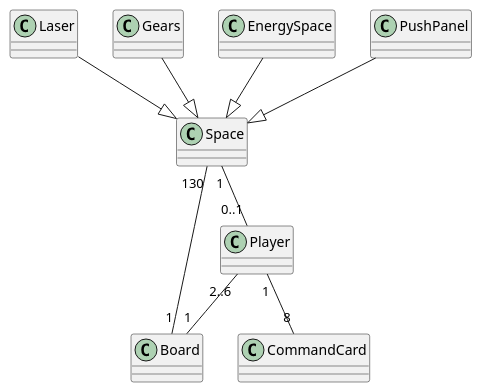
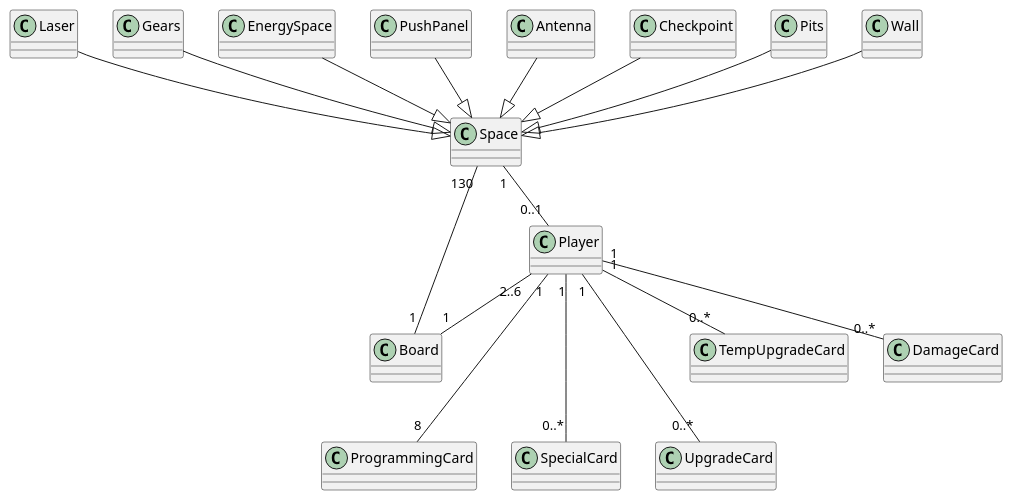
The diagram in roborally/UML/DomainDiagram.puml (fathionsons/roborally-1.1.0-java17), drawn with PlantUML before and after one commit. The commit also changed 3 other files, not shown here.

Commit message:
ActivityDiagram.puml DomainDiagram.puml

```diff
--- a/roborally/UML/DomainDiagram.puml
+++ b/roborally/UML/DomainDiagram.puml
@@ -1,21 +1,93 @@
 @startuml
 'https://plantuml.com/class-diagram
 
-class Player
-class Board
-class Space
-class CommandCard
-
+skinparam groupInheritance 10
 
 Player "2..6"--"1" Board
 Space "1"--"0..1" Player
-Space "130"--" 1" Board
-Player "1"--"8" CommandCard
-Laser--|>Space
-Gears--|>Space
-EnergySpace--|>Space
-PushPanel--|>Space
+Space "130"--"1" Board
+Player "1"---"8" ProgrammingCard
 
+Laser --|> Space
+Gears --|> Space
+EnergySpace --|> Space
+PushPanel --|> Space
+Antenna --|> Space
+Checkpoint --|> Space
+Pits --|> Space
+Wall --|> Space
+Player "1"---"0..*" SpecialCard
+Player "1"---"0..*" UpgradeCard
+Player "1"--"0..*" TempUpgradeCard
+Player "1"--"0..*" DamageCard
 
+/'
+
+DamageCard <|-- Spam
+DamageCard <|-- TrojanHorse
+DamageCard <|-- Worm
+DamageCard <|-- Virus
+
+ProgrammingCard <|-- MoveForward1
+ProgrammingCard <|-- MoveForward2
+ProgrammingCard <|-- MoveForward3
+ProgrammingCard <|-- TurnRight
+ProgrammingCard <|-- TurnLeft
+ProgrammingCard <|-- UTurn
+ProgrammingCard <|-- MoveBack
+ProgrammingCard <|-- PowerUp
+ProgrammingCard <|-- Repeat
+
+SpecialCard <|-- EnergyRoutine
+SpecialCard <|-- SandboxRoutine
+SpecialCard <|-- WeaselRoutine
+SpecialCard <|-- SpeedRoutine
+SpecialCard <|-- SpamFolder
+SpecialCard <|-- RepeatRoutine
+
+UpgradeCard <|-- AdminPrivilege
+UpgradeCard <|-- CorruptionWave
+UpgradeCard <|-- BlueScreenOfDeath
+UpgradeCard <|-- CrabLegs
+UpgradeCard <|-- Brakes
+UpgradeCard <|-- DeflectorShield
+UpgradeCard <|-- CacheMemory
+UpgradeCard <|-- DefragGizmo
+UpgradeCard <|-- DoubleBarrelLaser
+UpgradeCard <|-- ModularChassis
+UpgradeCard <|-- Firewall
+UpgradeCard <|-- PressorBeam
+UpgradeCard <|-- HoverUnit
+UpgradeCard <|-- RailGun
+UpgradeCard <|-- MemoryStick
+UpgradeCard <|-- RammingGear
+UpgradeCard <|-- MiniHowitzer
+UpgradeCard <|-- RearLaser
+UpgradeCard <|-- Scrambler
+UpgradeCard <|-- TractorBeam
+UpgradeCard <|-- SideArms
+UpgradeCard <|-- TrojanNeedler
+UpgradeCard <|-- Teleporter
+UpgradeCard <|-- VirusModule
+
+UpgradeCard <|-- TempUpgradeCard
+
+TempUpgradeCard <|-- Boink
+TempUpgradeCard <|-- Hack
+TempUpgradeCard <|-- EnergyRoutineUpgrade
+TempUpgradeCard <|-- ManualSort
+TempUpgradeCard <|-- MemorySwap
+TempUpgradeCard <|-- RepeatRoutineUpgrade
+TempUpgradeCard <|-- Reboot
+TempUpgradeCard <|-- SandboxRoutineUpgrade
+TempUpgradeCard <|-- Recharge
+TempUpgradeCard <|-- SpamBlocker
+TempUpgradeCard <|-- Recompile
+TempUpgradeCard <|-- SpamFolderRoutine
+TempUpgradeCard <|-- Refresh
+TempUpgradeCard <|-- SpeedRoutineUpgrade
+TempUpgradeCard <|-- WeaselRoutineUpgrade
+TempUpgradeCard <|-- Zoop
+'/
 
 @enduml
```
